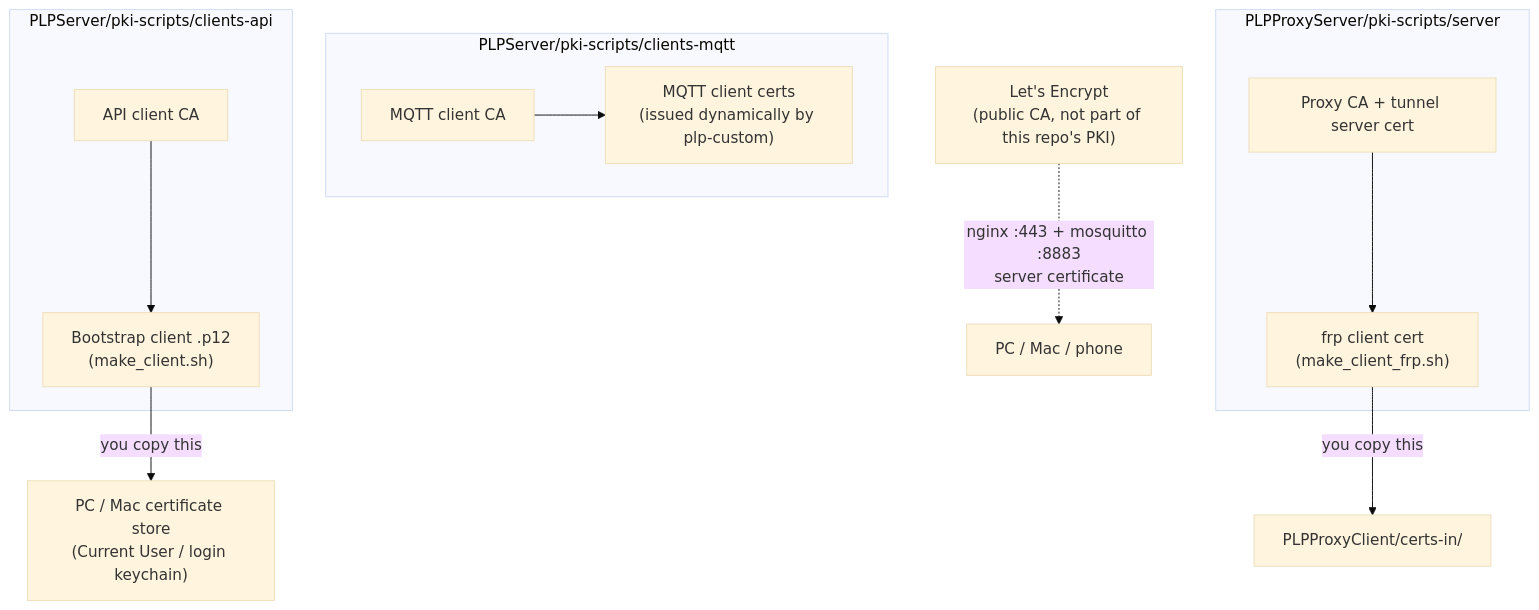
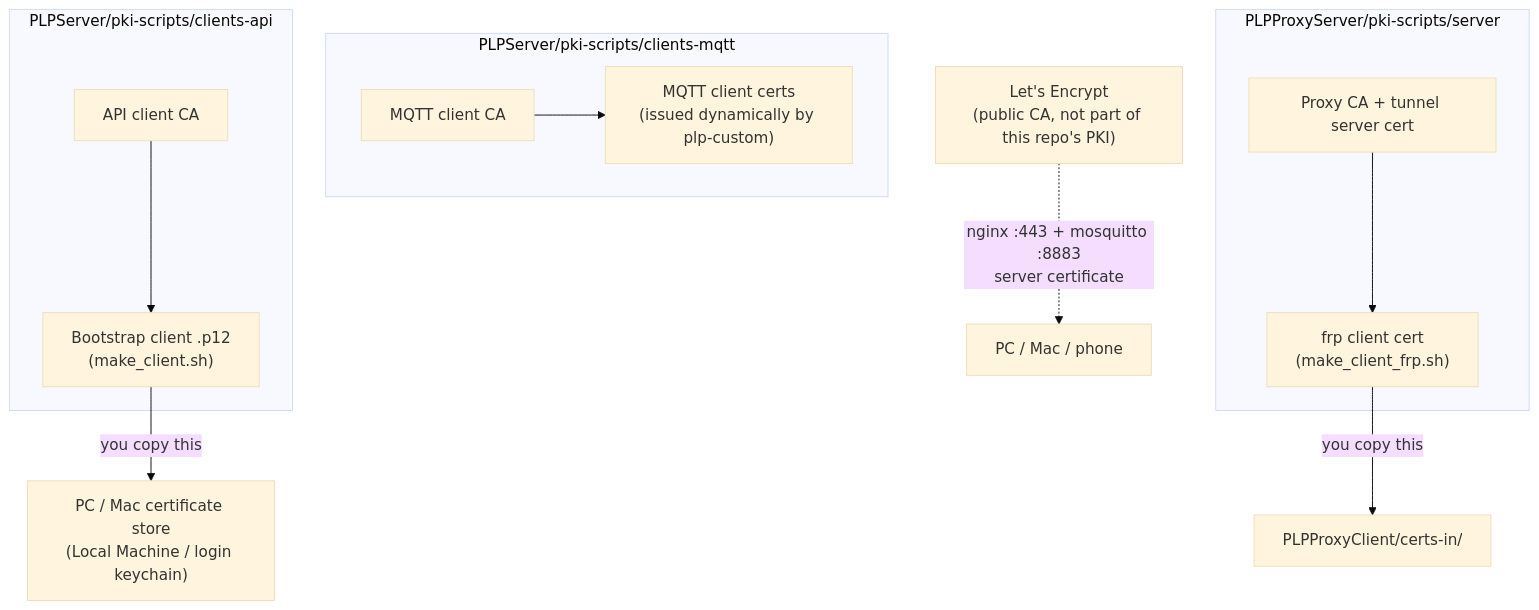
One commit to phraselock/PhraseLock-Bridge changed the fourth of 7 diagrams in README.md. Above: the diagram before and after it, drawn with Mermaid (base theme). The commit also changed other lines of this file and 1 other file, not shown here.

First line of the commit message:
Fix Windows client cert store guidance: Local Machine, not Current User

````diff
--- a/README.md
+++ b/README.md
@@ -253,21 +253,21 @@
 ```mermaid
 flowchart TD
     subgraph S["PLPServer/pki-scripts/clients-api"]
         SCA[API client CA]
         SCA --> P12["Bootstrap client .p12<br/>(make_client.sh)"]
     end
-    P12 -->|you copy this| PCMac["PC / Mac certificate store<br/>(Current User / login keychain)"]
+    P12 -->|you copy this| PCMac["PC / Mac certificate store<br/>(Local Machine / login keychain)"]
 
     subgraph SM["PLPServer/pki-scripts/clients-mqtt"]
         MCA[MQTT client CA]
         MCA --> MCert["MQTT client certs<br/>(issued dynamically by plp-custom)"]
     end
 
     subgraph P["PLPProxyServer/pki-scripts/server"]
         PCA[Proxy CA + tunnel server cert]
         PCA --> FRPCert["frp client cert<br/>(make_client_frp.sh)"]
     end
     FRPCert -->|you copy this| CI["PLPProxyClient/certs-in/"]
 
     LE["Let's Encrypt<br/>(public CA, not part of this repo's PKI)"] -.->|"nginx :443 + mosquitto :8883<br/>server certificate"| Devices["PC / Mac / phone"]
 ```
````
